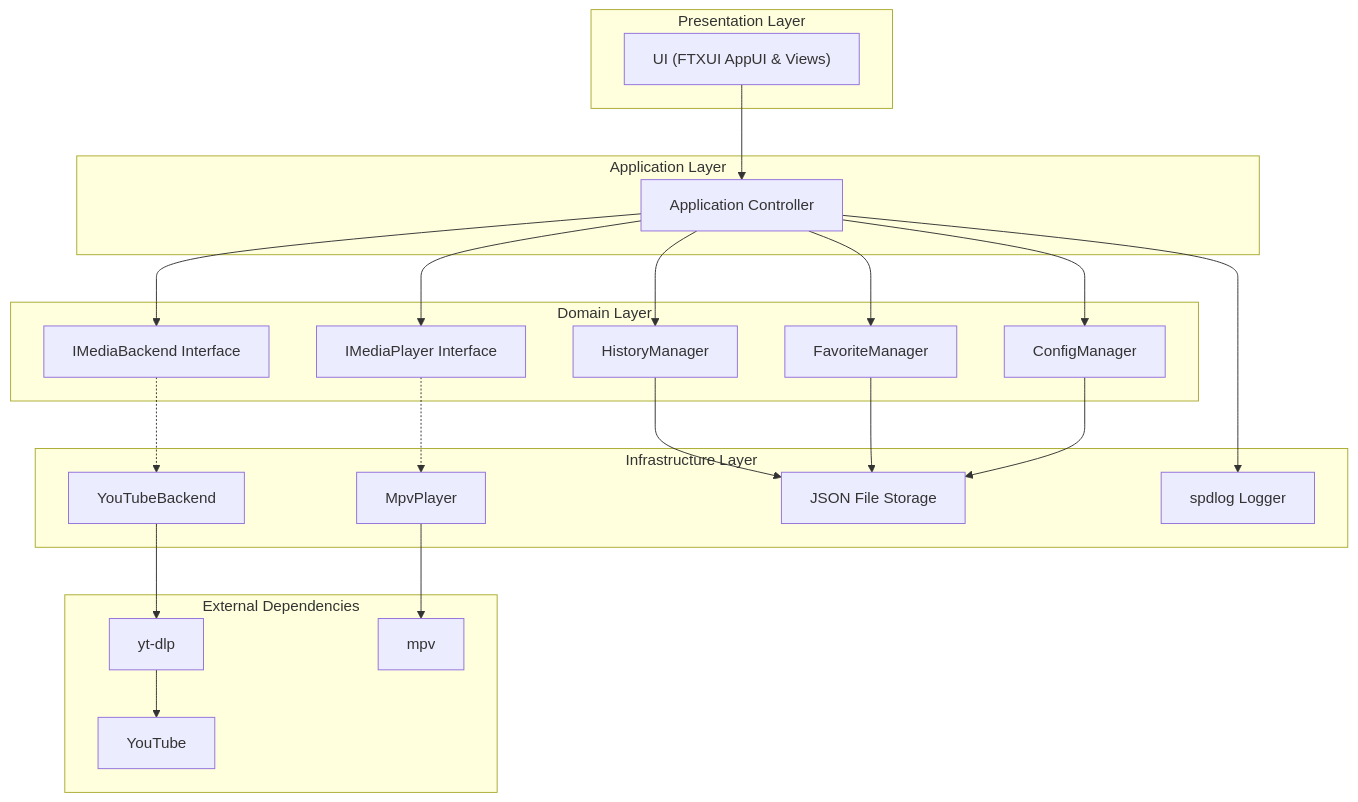
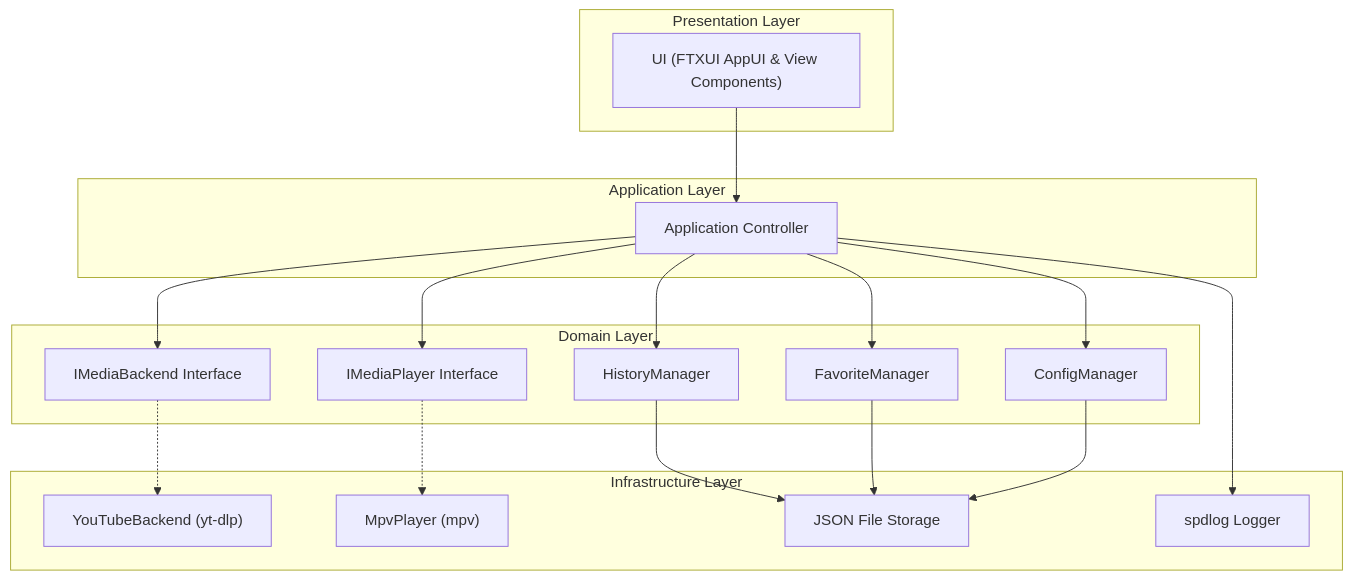
Before and after one commit to izzulgod/media-cli: the diagram in README.md, drawn with Mermaid. The commit also changed other lines of this file, not shown here.

````diff
--- a/README.md
+++ b/README.md
@@ -19,47 +30,38 @@
 ```mermaid
 graph TD
     subgraph Presentation Layer
-        UI["UI (FTXUI AppUI & Views)"]
+        UI["UI (FTXUI AppUI & View Components)"]
     end
 
     subgraph Application Layer
         APP["Application Controller"]
     end
 
     subgraph Domain Layer
         BE["IMediaBackend Interface"]
         PL["IMediaPlayer Interface"]
         HIS["HistoryManager"]
         FAV["FavoriteManager"]
         CFG["ConfigManager"]
     end
 
     subgraph Infrastructure Layer
-        YT["YouTubeBackend"]
-        MPV["MpvPlayer"]
+        YT["YouTubeBackend (yt-dlp)"]
+        MPV["MpvPlayer (mpv)"]
         FS["JSON File Storage"]
         LOG["spdlog Logger"]
-    end
-
-    subgraph External Dependencies
-        YTDLP["yt-dlp"]
-        MPVBIN["mpv"]
-        YOUTUBE["YouTube"]
     end
 
     UI --> APP
     APP --> BE
     APP --> PL
     APP --> HIS
     APP --> FAV
     APP --> CFG
     BE -.-> YT
     PL -.-> MPV
     HIS --> FS
     FAV --> FS
     CFG --> FS
     APP --> LOG
-    YT --> YTDLP
-    MPV --> MPVBIN
-    YTDLP --> YOUTUBE
 ```
````
